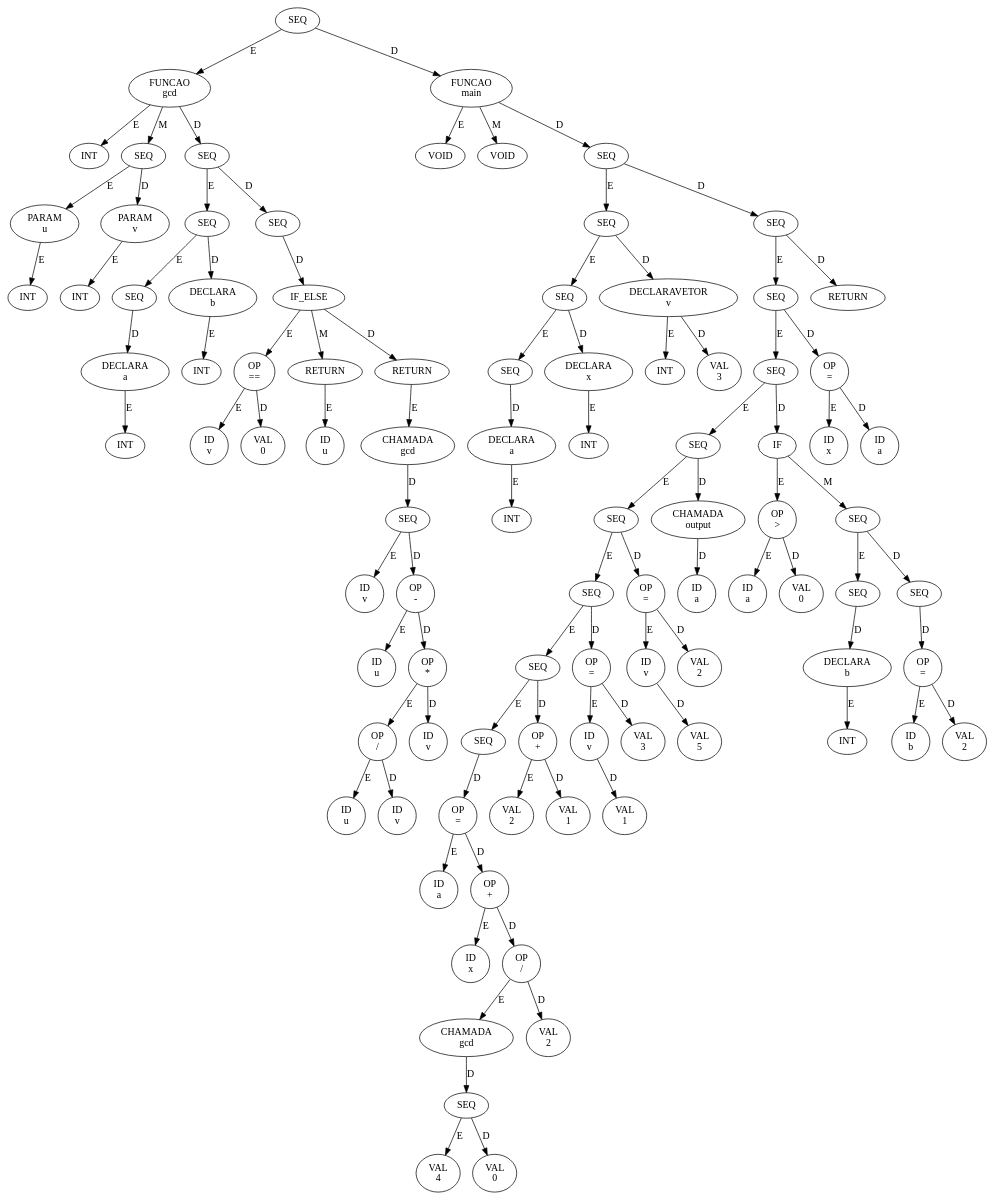
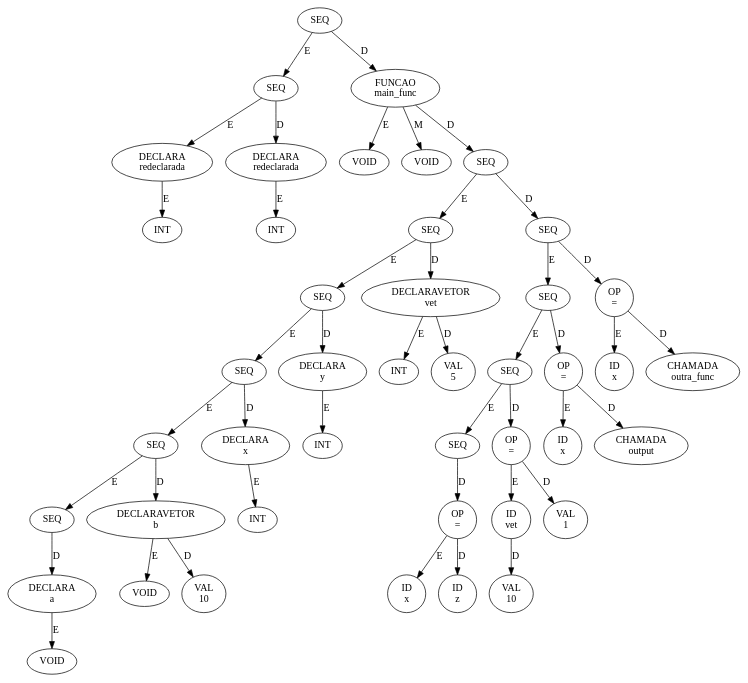
One commit to ErikReis15/compiladores changed the diagram in src/ast.dot. Above: the diagram before and after it, drawn with Graphviz. The commit also changed 2 other files, not shown here.

```diff
--- a/src/ast.dot
+++ b/src/ast.dot
@@ -1,189 +1,89 @@
 digraph AST {
-  n0x59469b3c9330 [label="SEQ"];
-  n0x59469b3c9330 -> n0x59469b3c7fd0 [label="E"];
-  n0x59469b3c7fd0 [label="FUNCAO\ngcd"];
-  n0x59469b3c7fd0 -> n0x59469b3c7510 [label="E"];
-  n0x59469b3c7510 [label="INT"];
-  n0x59469b3c7fd0 -> n0x59469b3c76f0 [label="M"];
-  n0x59469b3c76f0 [label="SEQ"];
-  n0x59469b3c76f0 -> n0x59469b3c75d0 [label="E"];
-  n0x59469b3c75d0 [label="PARAM\nu"];
-  n0x59469b3c75d0 -> n0x59469b3c7570 [label="E"];
-  n0x59469b3c7570 [label="INT"];
-  n0x59469b3c76f0 -> n0x59469b3c7690 [label="D"];
-  n0x59469b3c7690 [label="PARAM\nv"];
-  n0x59469b3c7690 -> n0x59469b3c7630 [label="E"];
-  n0x59469b3c7630 [label="INT"];
-  n0x59469b3c7fd0 -> n0x59469b3c7f90 [label="D"];
-  n0x59469b3c7f90 [label="SEQ"];
-  n0x59469b3c7f90 -> n0x59469b3c78f0 [label="E"];
-  n0x59469b3c78f0 [label="SEQ"];
-  n0x59469b3c78f0 -> n0x59469b3c77f0 [label="E"];
-  n0x59469b3c77f0 [label="SEQ"];
-  n0x59469b3c77f0 -> n0x59469b3c7790 [label="D"];
-  n0x59469b3c7790 [label="DECLARA\na"];
-  n0x59469b3c7790 -> n0x59469b3c7730 [label="E"];
-  n0x59469b3c7730 [label="INT"];
-  n0x59469b3c78f0 -> n0x59469b3c7890 [label="D"];
-  n0x59469b3c7890 [label="DECLARA\nb"];
-  n0x59469b3c7890 -> n0x59469b3c7830 [label="E"];
-  n0x59469b3c7830 [label="INT"];
-  n0x59469b3c7f90 -> n0x59469b3c7f50 [label="D"];
-  n0x59469b3c7f50 [label="SEQ"];
-  n0x59469b3c7f50 -> n0x59469b3c7f10 [label="D"];
-  n0x59469b3c7f10 [label="IF_ELSE"];
-  n0x59469b3c7f10 -> n0x59469b3c79b0 [label="E"];
-  n0x59469b3c79b0 [label="OP\n=="];
-  n0x59469b3c79b0 -> n0x59469b3c7950 [label="E"];
-  n0x59469b3c7950 [label="ID\nv"];
-  n0x59469b3c79b0 -> n0x59469b3c79f0 [label="D"];
-  n0x59469b3c79f0 [label="VAL\n0"];
-  n0x59469b3c7f10 -> n0x59469b3c7ab0 [label="M"];
-  n0x59469b3c7ab0 [label="RETURN"];
-  n0x59469b3c7ab0 -> n0x59469b3c7a50 [label="E"];
-  n0x59469b3c7a50 [label="ID\nu"];
-  n0x59469b3c7f10 -> n0x59469b3c7ed0 [label="D"];
-  n0x59469b3c7ed0 [label="RETURN"];
-  n0x59469b3c7ed0 -> n0x59469b3c7e90 [label="E"];
-  n0x59469b3c7e90 [label="CHAMADA\ngcd"];
-  n0x59469b3c7e90 -> n0x59469b3c7e50 [label="D"];
-  n0x59469b3c7e50 [label="SEQ"];
-  n0x59469b3c7e50 -> n0x59469b3c7b30 [label="E"];
-  n0x59469b3c7b30 [label="ID\nv"];
-  n0x59469b3c7e50 -> n0x59469b3c7c10 [label="D"];
-  n0x59469b3c7c10 [label="OP\n-"];
-  n0x59469b3c7c10 -> n0x59469b3c7bb0 [label="E"];
-  n0x59469b3c7bb0 [label="ID\nu"];
-  n0x59469b3c7c10 -> n0x59469b3c7d90 [label="D"];
-  n0x59469b3c7d90 [label="OP\n*"];
-  n0x59469b3c7d90 -> n0x59469b3c7cd0 [label="E"];
-  n0x59469b3c7cd0 [label="OP\n/"];
-  n0x59469b3c7cd0 -> n0x59469b3c7c70 [label="E"];
-  n0x59469b3c7c70 [label="ID\nu"];
-  n0x59469b3c7cd0 -> n0x59469b3c7d30 [label="D"];
-  n0x59469b3c7d30 [label="ID\nv"];
-  n0x59469b3c7d90 -> n0x59469b3c7df0 [label="D"];
-  n0x59469b3c7df0 [label="ID\nv"];
-  n0x59469b3c9330 -> n0x59469b3c92d0 [label="D"];
-  n0x59469b3c92d0 [label="FUNCAO\nmain"];
-  n0x59469b3c92d0 -> n0x59469b3c8030 [label="E"];
-  n0x59469b3c8030 [label="VOID"];
-  n0x59469b3c92d0 -> n0x59469b3c8090 [label="M"];
-  n0x59469b3c8090 [label="VOID"];
-  n0x59469b3c92d0 -> n0x59469b3c9290 [label="D"];
-  n0x59469b3c9290 [label="SEQ"];
-  n0x59469b3c9290 -> n0x59469b3c83d0 [label="E"];
-  n0x59469b3c83d0 [label="SEQ"];
-  n0x59469b3c83d0 -> n0x59469b3c8290 [label="E"];
-  n0x59469b3c8290 [label="SEQ"];
-  n0x59469b3c8290 -> n0x59469b3c8190 [label="E"];
-  n0x59469b3c8190 [label="SEQ"];
-  n0x59469b3c8190 -> n0x59469b3c8130 [label="D"];
-  n0x59469b3c8130 [label="DECLARA\na"];
-  n0x59469b3c8130 -> n0x59469b3c80d0 [label="E"];
-  n0x59469b3c80d0 [label="INT"];
-  n0x59469b3c8290 -> n0x59469b3c8230 [label="D"];
-  n0x59469b3c8230 [label="DECLARA\nx"];
-  n0x59469b3c8230 -> n0x59469b3c81d0 [label="E"];
-  n0x59469b3c81d0 [label="INT"];
-  n0x59469b3c83d0 -> n0x59469b3c8330 [label="D"];
-  n0x59469b3c8330 [label="DECLARAVETOR\nv"];
-  n0x59469b3c8330 -> n0x59469b3c82d0 [label="E"];
-  n0x59469b3c82d0 [label="INT"];
-  n0x59469b3c8330 -> n0x59469b3c8390 [label="D"];
-  n0x59469b3c8390 [label="VAL\n3"];
-  n0x59469b3c9290 -> n0x59469b3c9250 [label="D"];
-  n0x59469b3c9250 [label="SEQ"];
-  n0x59469b3c9250 -> n0x59469b3c91d0 [label="E"];
-  n0x59469b3c91d0 [label="SEQ"];
-  n0x59469b3c91d0 -> n0x59469b3c9070 [label="E"];
-  n0x59469b3c9070 [label="SEQ"];
-  n0x59469b3c9070 -> n0x59469b3c8c50 [label="E"];
-  n0x59469b3c8c50 [label="SEQ"];
-  n0x59469b3c8c50 -> n0x59469b3c8b30 [label="E"];
-  n0x59469b3c8b30 [label="SEQ"];
-  n0x59469b3c8b30 -> n0x59469b3c89b0 [label="E"];
-  n0x59469b3c89b0 [label="SEQ"];
-  n0x59469b3c89b0 -> n0x59469b3c8830 [label="E"];
-  n0x59469b3c8830 [label="SEQ"];
-  n0x59469b3c8830 -> n0x59469b3c8730 [label="E"];
-  n0x59469b3c8730 [label="SEQ"];
-  n0x59469b3c8730 -> n0x59469b3c86f0 [label="D"];
-  n0x59469b3c86f0 [label="OP\n="];
-  n0x59469b3c86f0 -> n0x59469b3c8430 [label="E"];
-  n0x59469b3c8430 [label="ID\na"];
-  n0x59469b3c86f0 -> n0x59469b3c8510 [label="D"];
-  n0x59469b3c8510 [label="OP\n+"];
-  n0x59469b3c8510 -> n0x59469b3c84b0 [label="E"];
-  n0x59469b3c84b0 [label="ID\nx"];
-  n0x59469b3c8510 -> n0x59469b3c8670 [label="D"];
-  n0x59469b3c8670 [label="OP\n/"];
-  n0x59469b3c8670 -> n0x59469b3c8630 [label="E"];
-  n0x59469b3c8630 [label="CHAMADA\ngcd"];
-  n0x59469b3c8630 -> n0x59469b3c85f0 [label="D"];
-  n0x59469b3c85f0 [label="SEQ"];
-  n0x59469b3c85f0 -> n0x59469b3c8570 [label="E"];
-  n0x59469b3c8570 [label="VAL\n4"];
-  n0x59469b3c85f0 -> n0x59469b3c85b0 [label="D"];
-  n0x59469b3c85b0 [label="VAL\n0"];
-  n0x59469b3c8670 -> n0x59469b3c86b0 [label="D"];
-  n0x59469b3c86b0 [label="VAL\n2"];
-  n0x59469b3c8830 -> n0x59469b3c87b0 [label="D"];
-  n0x59469b3c87b0 [label="OP\n+"];
-  n0x59469b3c87b0 -> n0x59469b3c8770 [label="E"];
-  n0x59469b3c8770 [label="VAL\n2"];
-  n0x59469b3c87b0 -> n0x59469b3c87f0 [label="D"];
-  n0x59469b3c87f0 [label="VAL\n1"];
-  n0x59469b3c89b0 -> n0x59469b3c8970 [label="D"];
-  n0x59469b3c8970 [label="OP\n="];
-  n0x59469b3c8970 -> n0x59469b3c88d0 [label="E"];
-  n0x59469b3c88d0 [label="ID\nv"];
-  n0x59469b3c88d0 -> n0x59469b3c8890 [label="D"];
-  n0x59469b3c8890 [label="VAL\n1"];
-  n0x59469b3c8970 -> n0x59469b3c8930 [label="D"];
-  n0x59469b3c8930 [label="VAL\n3"];
-  n0x59469b3c8b30 -> n0x59469b3c8af0 [label="D"];
-  n0x59469b3c8af0 [label="OP\n="];
-  n0x59469b3c8af0 -> n0x59469b3c8a50 [label="E"];
-  n0x59469b3c8a50 [label="ID\nv"];
-  n0x59469b3c8a50 -> n0x59469b3c8a10 [label="D"];
-  n0x59469b3c8a10 [label="VAL\n5"];
-  n0x59469b3c8af0 -> n0x59469b3c8ab0 [label="D"];
-  n0x59469b3c8ab0 [label="VAL\n2"];
-  n0x59469b3c8c50 -> n0x59469b3c8c10 [label="D"];
-  n0x59469b3c8c10 [label="CHAMADA\noutput"];
-  n0x59469b3c8c10 -> n0x59469b3c8bb0 [label="D"];
-  n0x59469b3c8bb0 [label="ID\na"];
-  n0x59469b3c9070 -> n0x59469b3c9030 [label="D"];
-  n0x59469b3c9030 [label="IF"];
-  n0x59469b3c9030 -> n0x59469b3c8d10 [label="E"];
-  n0x59469b3c8d10 [label="OP\n>"];
-  n0x59469b3c8d10 -> n0x59469b3c8cb0 [label="E"];
-  n0x59469b3c8cb0 [label="ID\na"];
-  n0x59469b3c8d10 -> n0x59469b3c8d50 [label="D"];
-  n0x59469b3c8d50 [label="VAL\n0"];
-  n0x59469b3c9030 -> n0x59469b3c8fd0 [label="M"];
-  n0x59469b3c8fd0 [label="SEQ"];
-  n0x59469b3c8fd0 -> n0x59469b3c8e50 [label="E"];
-  n0x59469b3c8e50 [label="SEQ"];
-  n0x59469b3c8e50 -> n0x59469b3c8df0 [label="D"];
-  n0x59469b3c8df0 [label="DECLARA\nb"];
-  n0x59469b3c8df0 -> n0x59469b3c8d90 [label="E"];
-  n0x59469b3c8d90 [label="INT"];
-  n0x59469b3c8fd0 -> n0x59469b3c8f90 [label="D"];
-  n0x59469b3c8f90 [label="SEQ"];
-  n0x59469b3c8f90 -> n0x59469b3c8f50 [label="D"];
-  n0x59469b3c8f50 [label="OP\n="];
-  n0x59469b3c8f50 -> n0x59469b3c8eb0 [label="E"];
-  n0x59469b3c8eb0 [label="ID\nb"];
-  n0x59469b3c8f50 -> n0x59469b3c8f10 [label="D"];
-  n0x59469b3c8f10 [label="VAL\n2"];
-  n0x59469b3c91d0 -> n0x59469b3c9190 [label="D"];
-  n0x59469b3c9190 [label="OP\n="];
-  n0x59469b3c9190 -> n0x59469b3c90b0 [label="E"];
-  n0x59469b3c90b0 [label="ID\nx"];
-  n0x59469b3c9190 -> n0x59469b3c9130 [label="D"];
-  n0x59469b3c9130 [label="ID\na"];
-  n0x59469b3c9250 -> n0x59469b3c9210 [label="D"];
-  n0x59469b3c9210 [label="RETURN"];
+  n0x59cb3ed56350 [label="SEQ"];
+  n0x59cb3ed56350 -> n0x59cb3ed55690 [label="E"];
+  n0x59cb3ed55690 [label="SEQ"];
+  n0x59cb3ed55690 -> n0x59cb3ed55570 [label="E"];
+  n0x59cb3ed55570 [label="DECLARA\nredeclarada"];
+  n0x59cb3ed55570 -> n0x59cb3ed55510 [label="E"];
+  n0x59cb3ed55510 [label="INT"];
+  n0x59cb3ed55690 -> n0x59cb3ed55630 [label="D"];
+  n0x59cb3ed55630 [label="DECLARA\nredeclarada"];
+  n0x59cb3ed55630 -> n0x59cb3ed555d0 [label="E"];
+  n0x59cb3ed555d0 [label="INT"];
+  n0x59cb3ed56350 -> n0x59cb3ed562f0 [label="D"];
+  n0x59cb3ed562f0 [label="FUNCAO\nmain_func"];
+  n0x59cb3ed562f0 -> n0x59cb3ed556d0 [label="E"];
+  n0x59cb3ed556d0 [label="VOID"];
+  n0x59cb3ed562f0 -> n0x59cb3ed55730 [label="M"];
+  n0x59cb3ed55730 [label="VOID"];
+  n0x59cb3ed562f0 -> n0x59cb3ed562b0 [label="D"];
+  n0x59cb3ed562b0 [label="SEQ"];
+  n0x59cb3ed562b0 -> n0x59cb3ed55cb0 [label="E"];
+  n0x59cb3ed55cb0 [label="SEQ"];
+  n0x59cb3ed55cb0 -> n0x59cb3ed55b70 [label="E"];
+  n0x59cb3ed55b70 [label="SEQ"];
+  n0x59cb3ed55b70 -> n0x59cb3ed55a70 [label="E"];
+  n0x59cb3ed55a70 [label="SEQ"];
+  n0x59cb3ed55a70 -> n0x59cb3ed55970 [label="E"];
+  n0x59cb3ed55970 [label="SEQ"];
+  n0x59cb3ed55970 -> n0x59cb3ed55830 [label="E"];
+  n0x59cb3ed55830 [label="SEQ"];
+  n0x59cb3ed55830 -> n0x59cb3ed557d0 [label="D"];
+  n0x59cb3ed557d0 [label="DECLARA\na"];
+  n0x59cb3ed557d0 -> n0x59cb3ed55770 [label="E"];
+  n0x59cb3ed55770 [label="VOID"];
+  n0x59cb3ed55970 -> n0x59cb3ed558d0 [label="D"];
+  n0x59cb3ed558d0 [label="DECLARAVETOR\nb"];
+  n0x59cb3ed558d0 -> n0x59cb3ed55870 [label="E"];
+  n0x59cb3ed55870 [label="VOID"];
+  n0x59cb3ed558d0 -> n0x59cb3ed55930 [label="D"];
+  n0x59cb3ed55930 [label="VAL\n10"];
+  n0x59cb3ed55a70 -> n0x59cb3ed55a10 [label="D"];
+  n0x59cb3ed55a10 [label="DECLARA\nx"];
+  n0x59cb3ed55a10 -> n0x59cb3ed559b0 [label="E"];
+  n0x59cb3ed559b0 [label="INT"];
+  n0x59cb3ed55b70 -> n0x59cb3ed55b10 [label="D"];
+  n0x59cb3ed55b10 [label="DECLARA\ny"];
+  n0x59cb3ed55b10 -> n0x59cb3ed55ab0 [label="E"];
+  n0x59cb3ed55ab0 [label="INT"];
+  n0x59cb3ed55cb0 -> n0x59cb3ed55c10 [label="D"];
+  n0x59cb3ed55c10 [label="DECLARAVETOR\nvet"];
+  n0x59cb3ed55c10 -> n0x59cb3ed55bb0 [label="E"];
+  n0x59cb3ed55bb0 [label="INT"];
+  n0x59cb3ed55c10 -> n0x59cb3ed55c70 [label="D"];
+  n0x59cb3ed55c70 [label="VAL\n5"];
+  n0x59cb3ed562b0 -> n0x59cb3ed56270 [label="D"];
+  n0x59cb3ed56270 [label="SEQ"];
+  n0x59cb3ed56270 -> n0x59cb3ed56110 [label="E"];
+  n0x59cb3ed56110 [label="SEQ"];
+  n0x59cb3ed56110 -> n0x59cb3ed55fb0 [label="E"];
+  n0x59cb3ed55fb0 [label="SEQ"];
+  n0x59cb3ed55fb0 -> n0x59cb3ed55e30 [label="E"];
+  n0x59cb3ed55e30 [label="SEQ"];
+  n0x59cb3ed55e30 -> n0x59cb3ed55df0 [label="D"];
+  n0x59cb3ed55df0 [label="OP\n="];
+  n0x59cb3ed55df0 -> n0x59cb3ed55d10 [label="E"];
+  n0x59cb3ed55d10 [label="ID\nx"];
+  n0x59cb3ed55df0 -> n0x59cb3ed55d90 [label="D"];
+  n0x59cb3ed55d90 [label="ID\nz"];
+  n0x59cb3ed55fb0 -> n0x59cb3ed55f70 [label="D"];
+  n0x59cb3ed55f70 [label="OP\n="];
+  n0x59cb3ed55f70 -> n0x59cb3ed55ed0 [label="E"];
+  n0x59cb3ed55ed0 [label="ID\nvet"];
+  n0x59cb3ed55ed0 -> n0x59cb3ed55e90 [label="D"];
+  n0x59cb3ed55e90 [label="VAL\n10"];
+  n0x59cb3ed55f70 -> n0x59cb3ed55f30 [label="D"];
+  n0x59cb3ed55f30 [label="VAL\n1"];
+  n0x59cb3ed56110 -> n0x59cb3ed560d0 [label="D"];
+  n0x59cb3ed560d0 [label="OP\n="];
+  n0x59cb3ed560d0 -> n0x59cb3ed56010 [label="E"];
+  n0x59cb3ed56010 [label="ID\nx"];
+  n0x59cb3ed560d0 -> n0x59cb3ed56090 [label="D"];
+  n0x59cb3ed56090 [label="CHAMADA\noutput"];
+  n0x59cb3ed56270 -> n0x59cb3ed56230 [label="D"];
+  n0x59cb3ed56230 [label="OP\n="];
+  n0x59cb3ed56230 -> n0x59cb3ed56170 [label="E"];
+  n0x59cb3ed56170 [label="ID\nx"];
+  n0x59cb3ed56230 -> n0x59cb3ed561f0 [label="D"];
+  n0x59cb3ed561f0 [label="CHAMADA\noutra_func"];
 }
```
